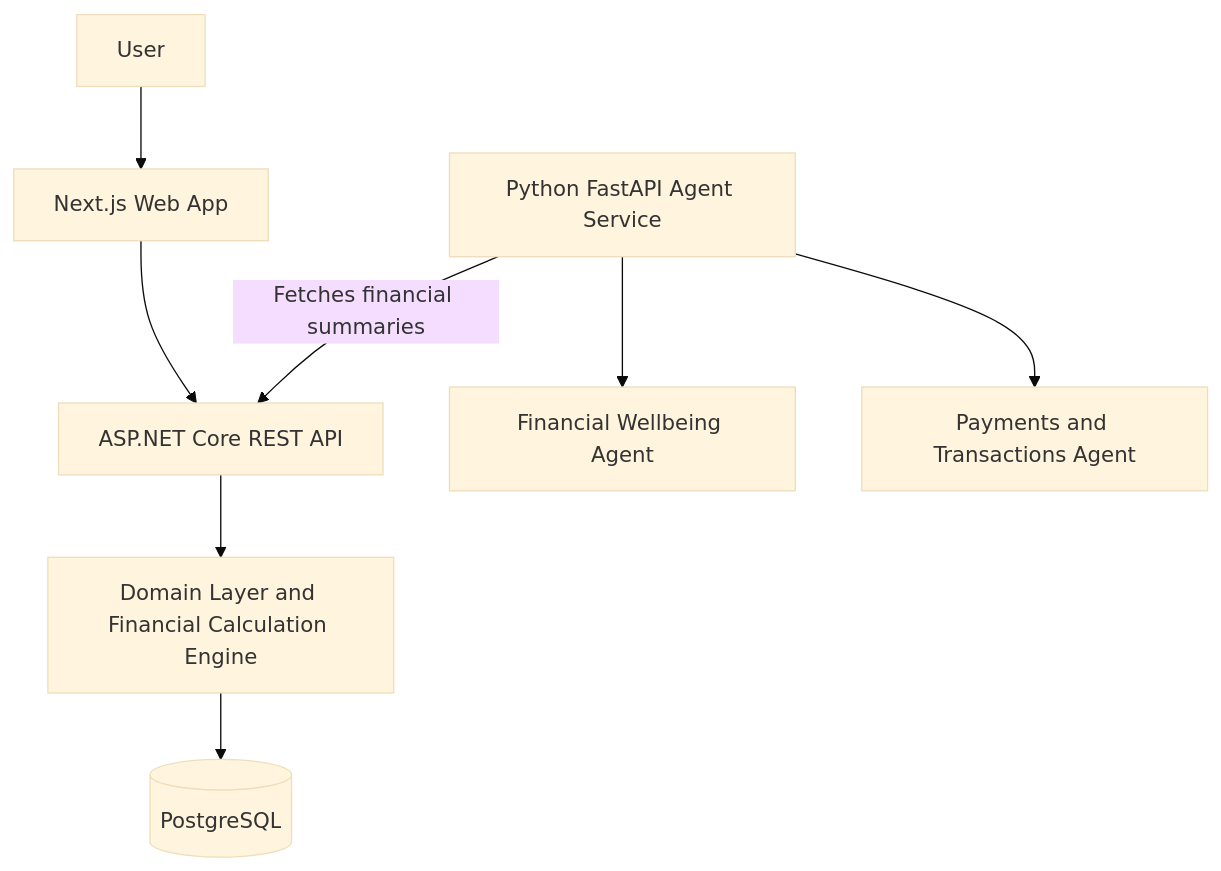
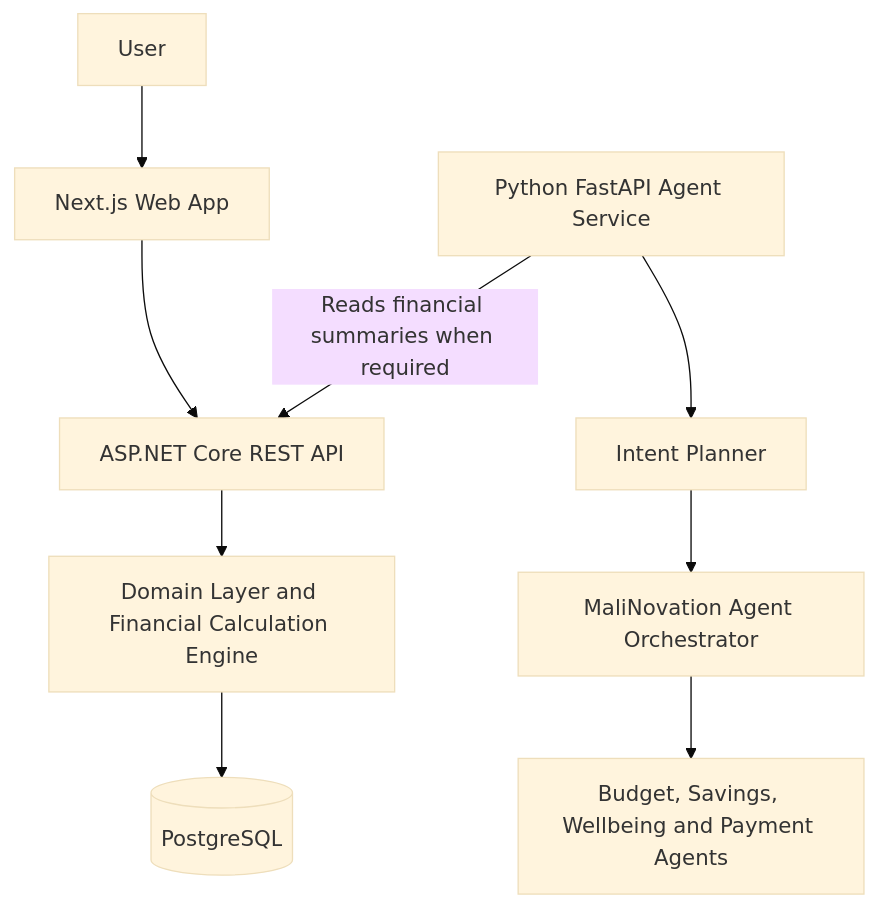
The diagram in README.md (ZinhleHlongwane/InclusiV), drawn with Mermaid (base theme) before and after one commit. The commit also changed other lines of this file and 53 other files, not shown here.

Commit message:
Rebrand project as MaliNovation

````diff
--- a/README.md
+++ b/README.md
@@ -82,19 +73,21 @@
 ```mermaid
 flowchart TB
     User[User]
     Web[Next.js Web App]
     API[ASP.NET Core REST API]
     Domain[Domain Layer and Financial Calculation Engine]
     DB[(PostgreSQL)]
     Agents[Python FastAPI Agent Service]
-    Wellbeing[Financial Wellbeing Agent]
-    Payments[Payments and Transactions Agent]
+    Planner[Intent Planner]
+    Orchestrator[MaliNovation Agent Orchestrator]
+    Specialists[Budget, Savings, Wellbeing and Payment Agents]
 
     User --> Web
     Web --> API
     API --> Domain
     Domain --> DB
-    Agents --> Wellbeing
-    Agents --> Payments
-    Agents -->|Fetches financial summaries| API
+    Agents --> Planner
+    Planner --> Orchestrator
+    Orchestrator --> Specialists
+    Agents -->|Reads financial summaries when required| API
 ```
````
